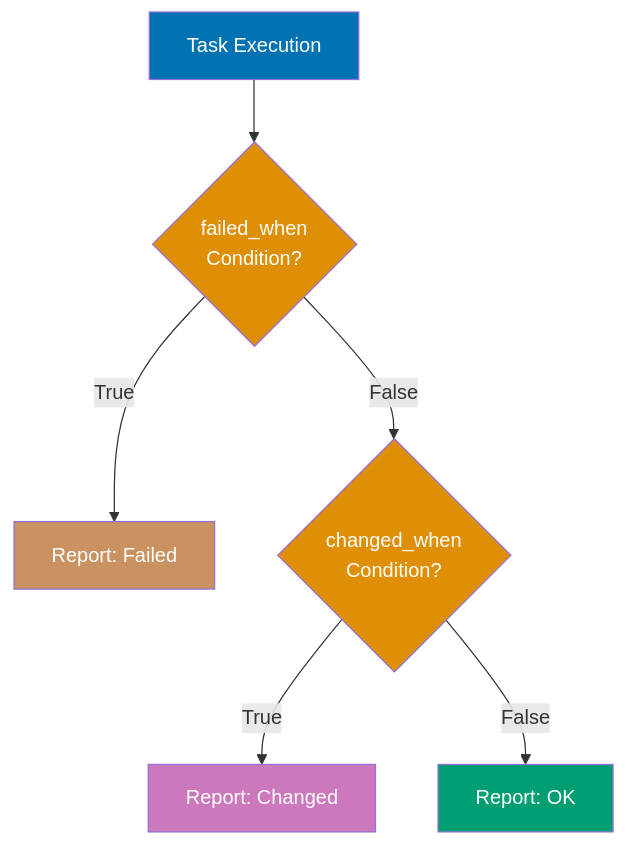
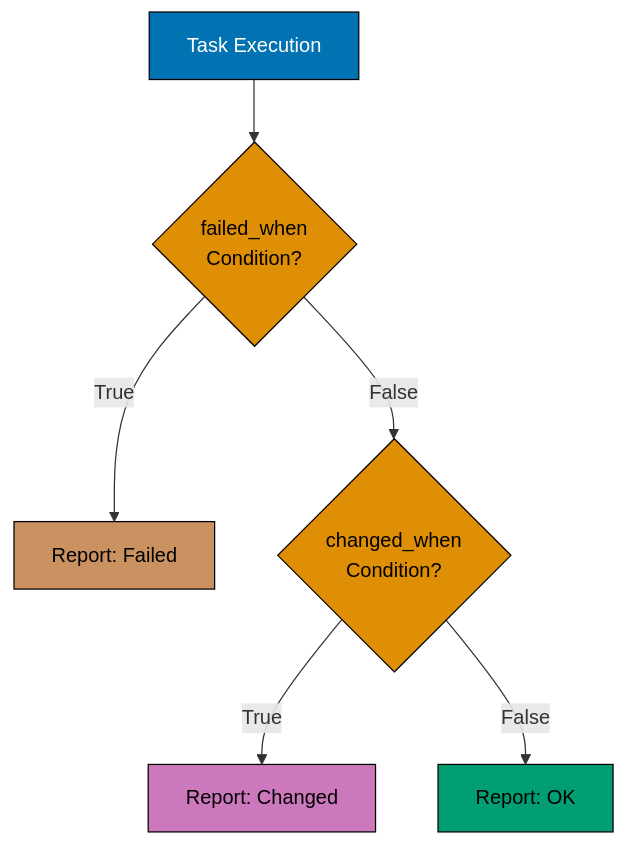
One commit to wahidyankf/ose-public changed the ninth of 11 diagrams in apps/ayokoding-www/content/en/learn/legacy/software-engineering/infrastructure/tools/ansible/by-example/intermediate.md. Above: the diagram before and after it, drawn with Mermaid. The commit also changed other lines of this file and 131 other files, not shown here.

First line of the commit message:
fix(mermaid): bring the legacy data, infrastructure, and testing diagrams onto the accessible palette

````diff
--- a/apps/ayokoding-www/content/en/learn/legacy/software-engineering/infrastructure/tools/ansible/by-example/intermediate.md
+++ b/apps/ayokoding-www/content/en/learn/legacy/software-engineering/infrastructure/tools/ansible/by-example/intermediate.md
@@ -3141,16 +3199,24 @@
 ```mermaid
 %% Color Palette: Blue #0173B2, Orange #DE8F05, Teal #029E73, Purple #CC78BC, Brown #CA9161
 graph TD
+ accTitle: Example 47: Failed When and Changed When
+ accDescr: Graph with 6 nodes and 5 connections. Nodes: Task Execution, failed_when Condition?, Report: Failed, changed_when Condition?, Report: Changed, Report: OK. Connections: Task Execution to failed_when Condition?, failed_when Condition? to Report: Failed (True), failed_when Condition? to changed_when Condition? (False), changed_when Condition? to Report: Changed (True), changed_when Condition? to Report: OK (False).
  A["Task Execution"] --> B{failed_when<br/>Condition?}
  B -->|True| C["Report: Failed"]
  B -->|False| D{changed_when<br/>Condition?}
  D -->|True| E["Report: Changed"]
  D -->|False| F["Report: OK"]
 
- style A fill:#0173B2,color:#fff
- style B fill:#DE8F05,color:#fff
- style C fill:#CA9161,color:#fff
- style D fill:#DE8F05,color:#fff
- style E fill:#CC78BC,color:#fff
- style F fill:#029E73,color:#fff
+ classDef pal-0173B2 fill:#0173B2,stroke:#000000,color:#FFFFFF
+ class A pal-0173B2
+ classDef pal-DE8F05 fill:#DE8F05,stroke:#000000,color:#000000
+ class B pal-DE8F05
+ classDef pal-CA9161 fill:#CA9161,stroke:#000000,color:#000000
+ class C pal-CA9161
+ class D pal-DE8F05
+ classDef pal-CC78BC fill:#CC78BC,stroke:#000000,color:#000000
+ class E pal-CC78BC
+ classDef pal-029E73 fill:#029E73,stroke:#000000,color:#000000
+ class F pal-029E73
+ classDef default fill:#FFFFFF,stroke:#000000,color:#000000
 ```
````
